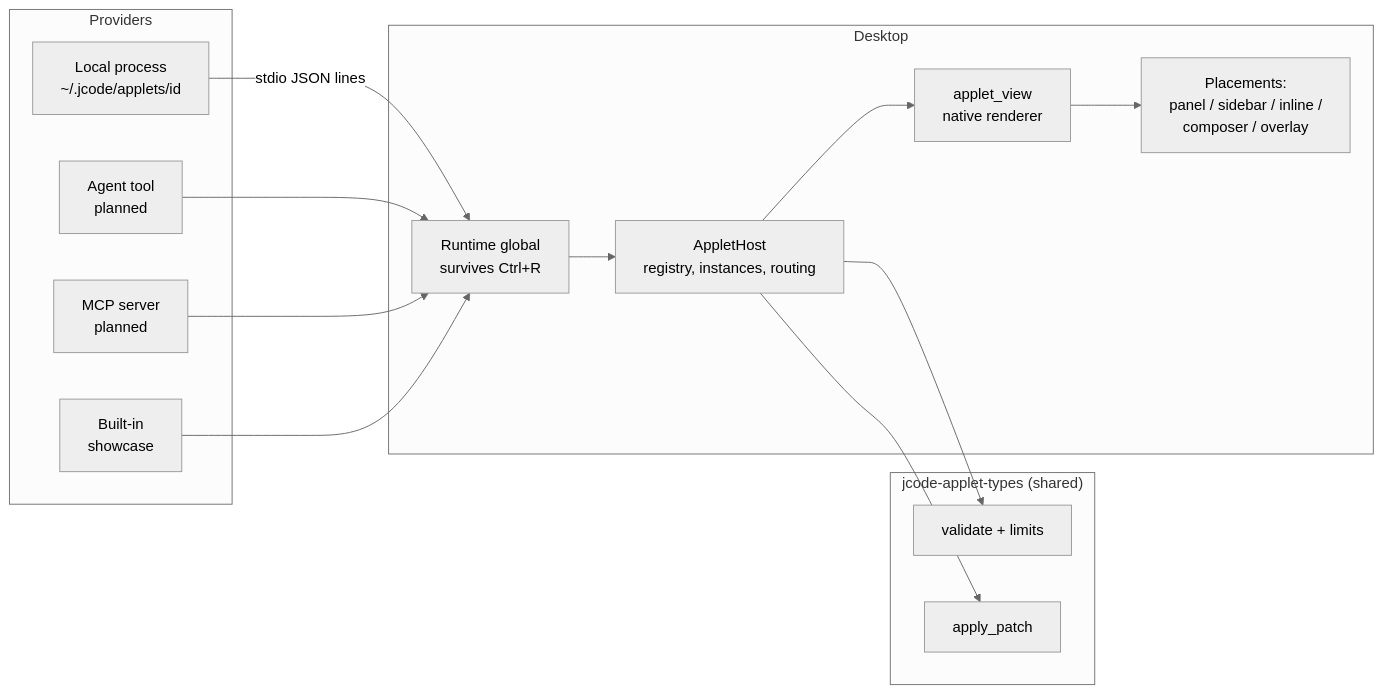
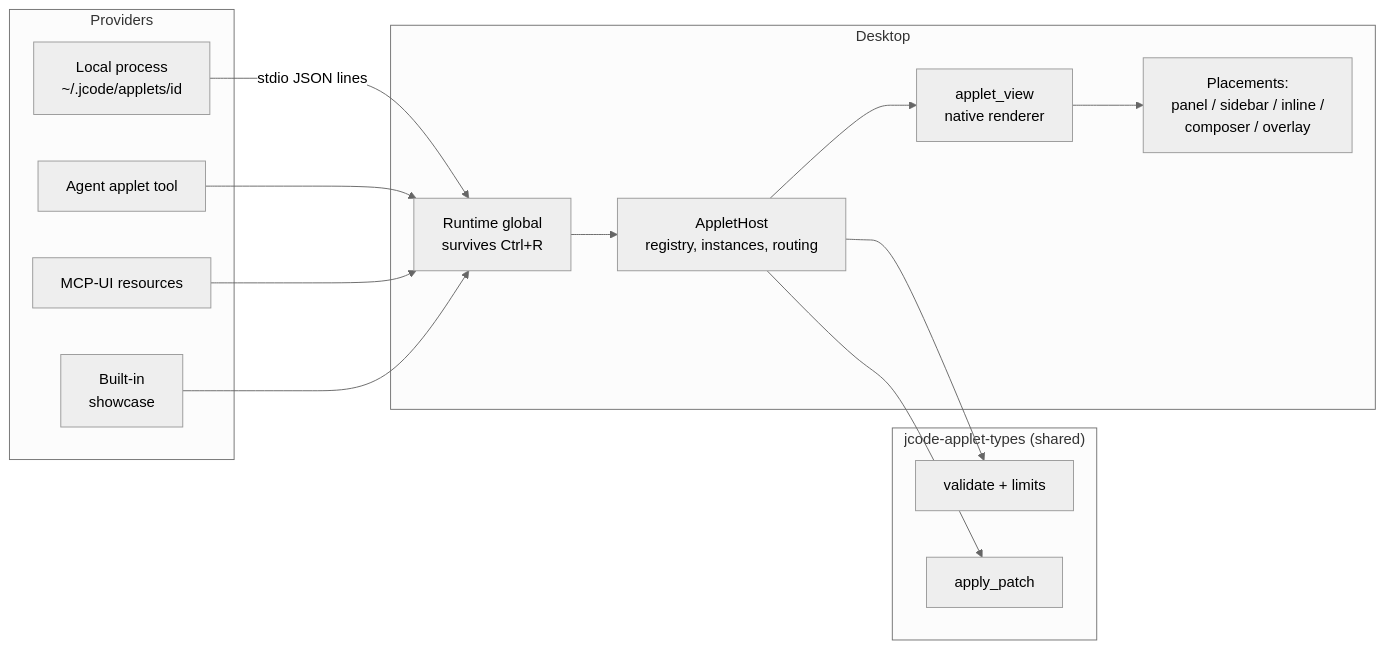
Before and after one commit to 1jehuang/jcode-desktop: the diagram in docs/applet-api.md, drawn with Mermaid (neutral theme). The commit also changed other lines of this file, not shown here.

Commit message:
docs: applet API reflects agent applets, placements, consent, tool cards

````diff
--- a/docs/applet-api.md
+++ b/docs/applet-api.md
@@ -28,27 +31,27 @@
 ```mermaid
 flowchart LR
   subgraph Providers
     L[Local process<br/>~/.jcode/applets/id]
-    A[Agent tool<br/>planned]
-    M[MCP server<br/>planned]
+    A[Agent applet tool]
+    M[MCP-UI resources]
     N[Built-in<br/>showcase]
   end
   subgraph Types["jcode-applet-types (shared)"]
     V[validate + limits]
     P[apply_patch]
   end
   subgraph Desktop
     R[Runtime global<br/>survives Ctrl+R]
     H[AppletHost<br/>registry, instances, routing]
     W[applet_view<br/>native renderer]
     S[Placements:<br/>panel / sidebar / inline /<br/>composer / overlay]
   end
   L -- stdio JSON lines --> R
   A --> R
   M --> R
   N --> R
   R --> H
   H --> V
   H --> P
   H --> W --> S
 ```
````
